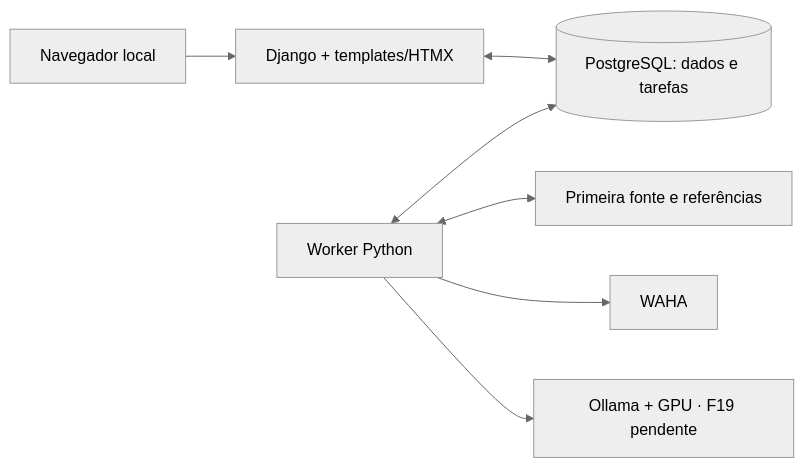
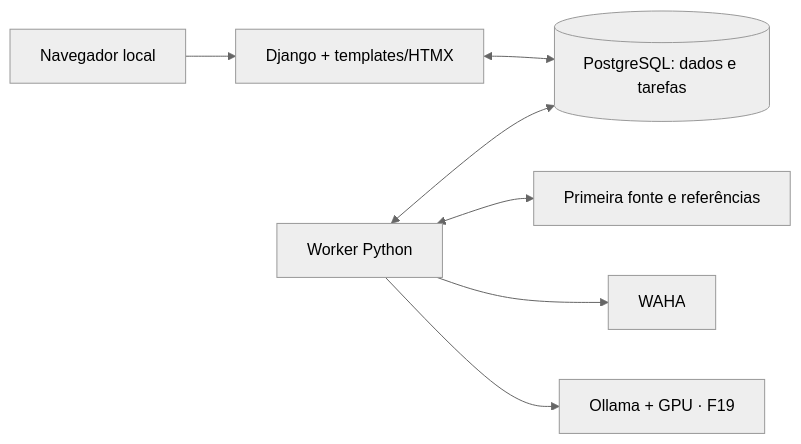
One commit to marceloamoreno87/garimpei changed the diagram in docs/stack.md. Above: the diagram before and after it, drawn with Mermaid (neutral theme). The commit also changed other lines of this file and 111 other files, not shown here.

````diff
--- a/docs/stack.md
+++ b/docs/stack.md
@@ -37,9 +37,9 @@
 ```mermaid
 flowchart LR
   U["Navegador local"] --> W["Django + templates/HTMX"]
   W <--> D[("PostgreSQL: dados e tarefas")]
   J["Worker Python"] <--> D
   J <--> F["Primeira fonte e referências"]
   J --> A["WAHA"]
-  J --> L["Ollama + GPU · F19 pendente"]
+  J --> L["Ollama + GPU · F19"]
 ```
````
